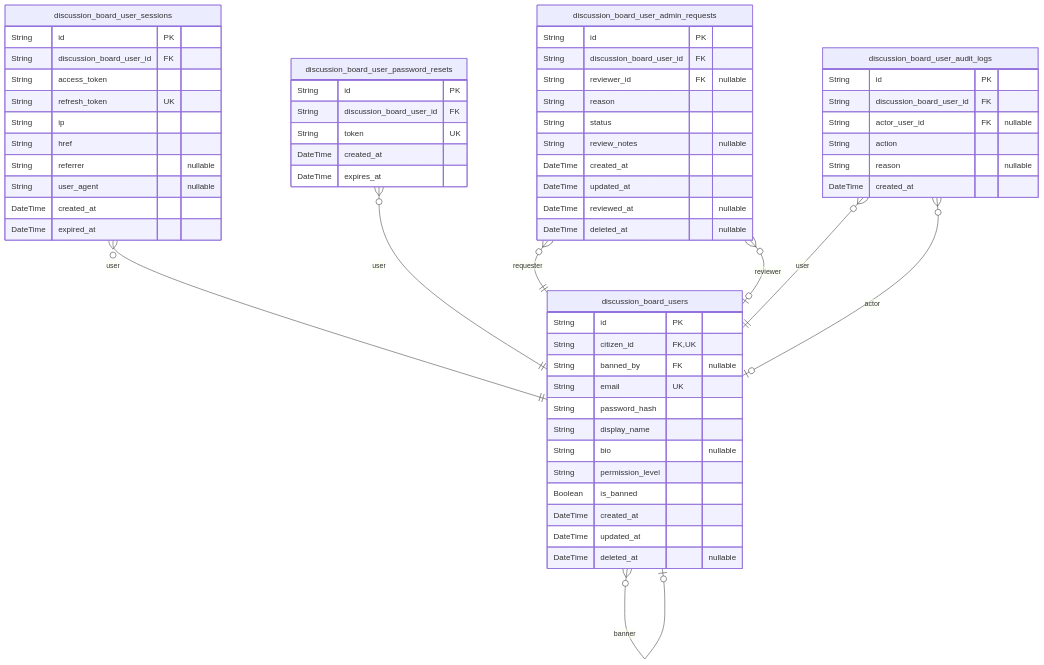
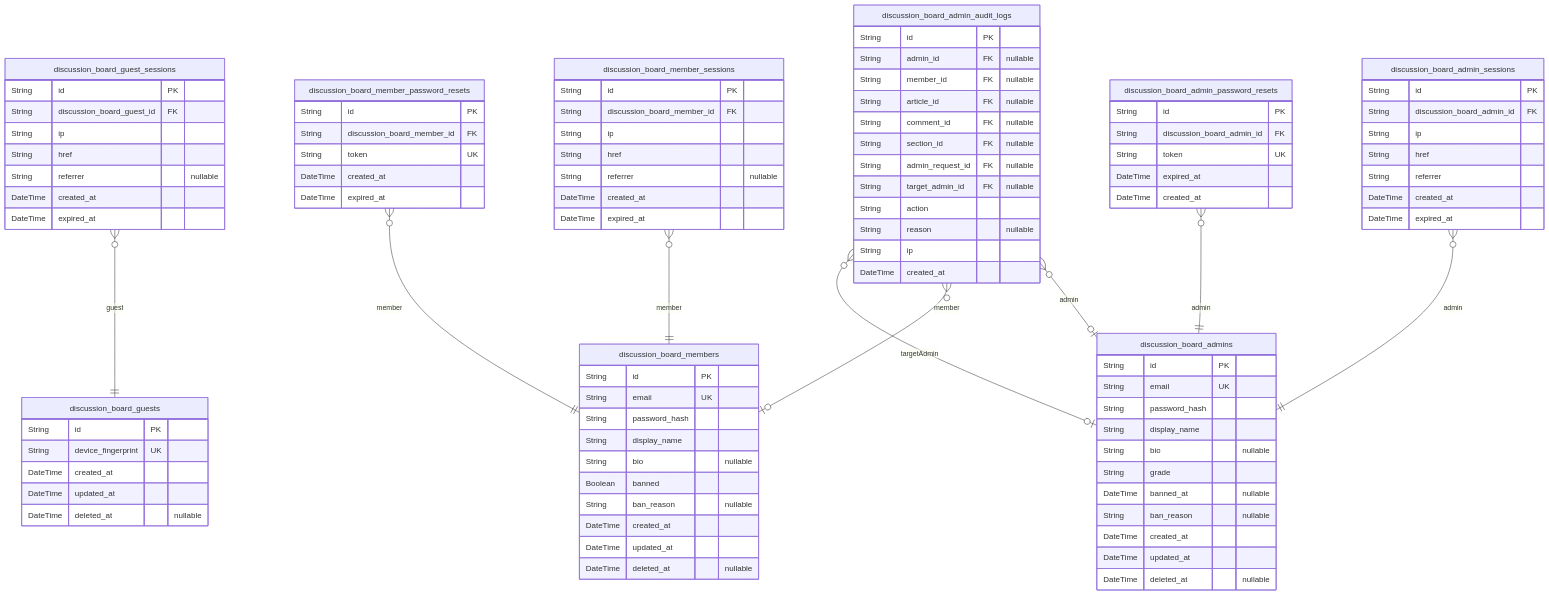
One commit to wrtnlabs/autobe-examples changed the first of 5 diagrams in z-ai/glm-5/bbs/docs/ERD.md. Above: the diagram before and after it, drawn with Mermaid. The commit also changed other lines of this file and 17098 other files, not shown here.

````diff
--- a/z-ai/glm-5/bbs/docs/ERD.md
+++ b/z-ai/glm-5/bbs/docs/ERD.md
@@ -17,63 +13,98 @@
 ```mermaid
 erDiagram
-"discussion_board_users" {
+"discussion_board_guests" {
   String id PK
-  String citizen_id FK,UK
-  String banned_by FK "nullable"
+  String device_fingerprint UK
+  DateTime created_at
+  DateTime updated_at
+  DateTime deleted_at "nullable"
+}
+"discussion_board_guest_sessions" {
+  String id PK
+  String discussion_board_guest_id FK
+  String ip
+  String href
+  String referrer "nullable"
+  DateTime created_at
+  DateTime expired_at
+}
+"discussion_board_members" {
+  String id PK
   String email UK
   String password_hash
   String display_name
   String bio "nullable"
-  String permission_level
-  Boolean is_banned
+  Boolean banned
+  String ban_reason "nullable"
   DateTime created_at
   DateTime updated_at
   DateTime deleted_at "nullable"
 }
-"discussion_board_user_sessions" {
+"discussion_board_member_sessions" {
   String id PK
-  String discussion_board_user_id FK
-  String access_token
-  String refresh_token UK
+  String discussion_board_member_id FK
   String ip
   String href
   String referrer "nullable"
-  String user_agent "nullable"
   DateTime created_at
   DateTime expired_at
 }
-"discussion_board_user_password_resets" {
+"discussion_board_member_password_resets" {
   String id PK
-  String discussion_board_user_id FK
+  String discussion_board_member_id FK
   String token UK
   DateTime created_at
-  DateTime expires_at
+  DateTime expired_at
 }
-"discussion_board_user_admin_requests" {
+"discussion_board_admins" {
   String id PK
-  String discussion_board_user_id FK
-  String reviewer_id FK "nullable"
-  String reason
-  String status
-  String review_notes "nullable"
+  String email UK
+  String password_hash
+  String display_name
+  String bio "nullable"
+  String grade
+  DateTime banned_at "nullable"
+  String ban_reason "nullable"
   DateTime created_at
   DateTime updated_at
-  DateTime reviewed_at "nullable"
   DateTime deleted_at "nullable"
 }
-"discussion_board_user_audit_logs" {
+"discussion_board_admin_sessions" {
   String id PK
-  String discussion_board_user_id FK
-  String actor_user_id FK "nullable"
+  String discussion_board_admin_id FK
+  String ip
+  String href
+  String referrer
+  DateTime created_at
+  DateTime expired_at
+}
+"discussion_board_admin_password_resets" {
+  String id PK
+  String discussion_board_admin_id FK
+  String token UK
+  DateTime expired_at
+  DateTime created_at
+}
+"discussion_board_admin_audit_logs" {
+  String id PK
+  String admin_id FK "nullable"
+  String member_id FK "nullable"
+  String article_id FK "nullable"
+  String comment_id FK "nullable"
+  String section_id FK "nullable"
+  String admin_request_id FK "nullable"
+  String target_admin_id FK "nullable"
   String action
   String reason "nullable"
+  String ip
   DateTime created_at
 }
-"discussion_board_users" }o--o| "discussion_board_users" : banner
-"discussion_board_user_sessions" }o--|| "discussion_board_users" : user
-"discussion_board_user_password_resets" }o--|| "discussion_board_users" : user
-"discussion_board_user_admin_requests" }o--|| "discussion_board_users" : requester
-"discussion_board_user_admin_requests" }o--o| "discussion_board_users" : reviewer
-"discussion_board_user_audit_logs" }o--|| "discussion_board_users" : user
-"discussion_board_user_audit_logs" }o--o| "discussion_board_users" : actor
+"discussion_board_guest_sessions" }o--|| "discussion_board_guests" : guest
+"discussion_board_member_sessions" }o--|| "discussion_board_members" : member
+"discussion_board_member_password_resets" }o--|| "discussion_board_members" : member
+"discussion_board_admin_sessions" }o--|| "discussion_board_admins" : admin
+"discussion_board_admin_password_resets" }o--|| "discussion_board_admins" : admin
+"discussion_board_admin_audit_logs" }o--o| "discussion_board_admins" : admin
+"discussion_board_admin_audit_logs" }o--o| "discussion_board_members" : member
+"discussion_board_admin_audit_logs" }o--o| "discussion_board_admins" : targetAdmin
 ```
````
